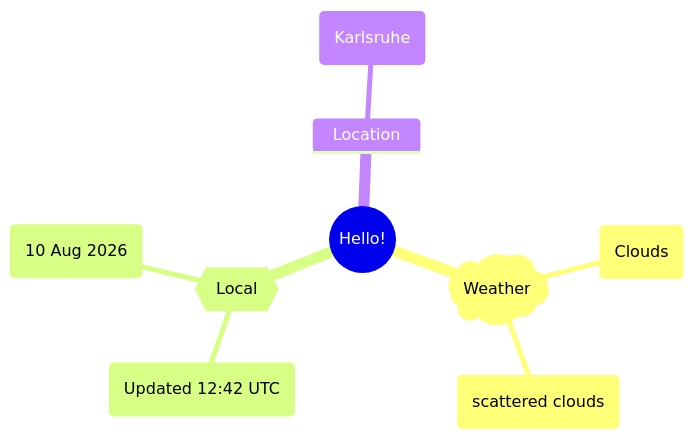
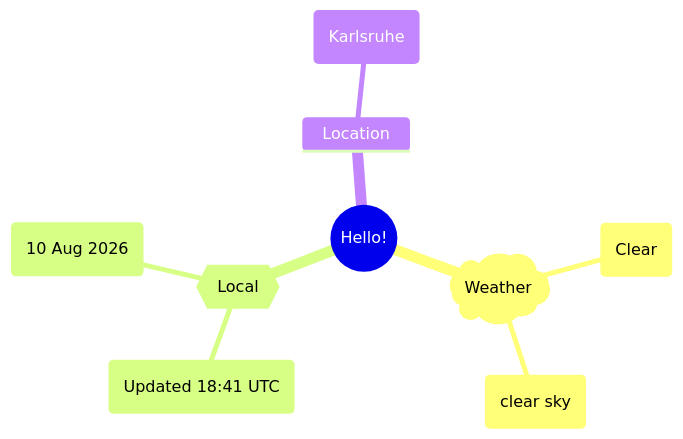
The first of 2 diagrams in README.md (Xosrov/Xosrov), drawn with Mermaid before and after one commit.

Commit message:
[bot] updated images

````diff
--- a/README.md
+++ b/README.md
@@ -3,12 +3,12 @@
 ```mermaid
 mindmap
   root((Hello!))
     )Weather(
-        (Clouds)
-        (scattered clouds)
+        (Clear)
+        (clear sky)
     {{Local}}
-        (Updated 12:42 UTC)
+        (Updated 18:41 UTC)
         (10 Aug 2026)
     Location
         (Karlsruhe)
 ```
````
